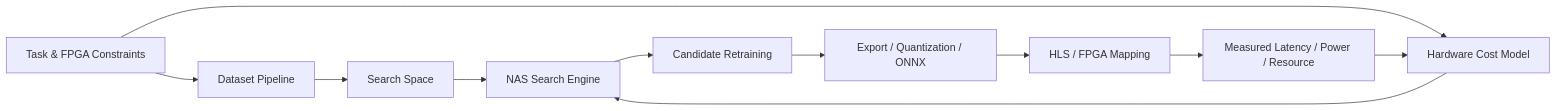
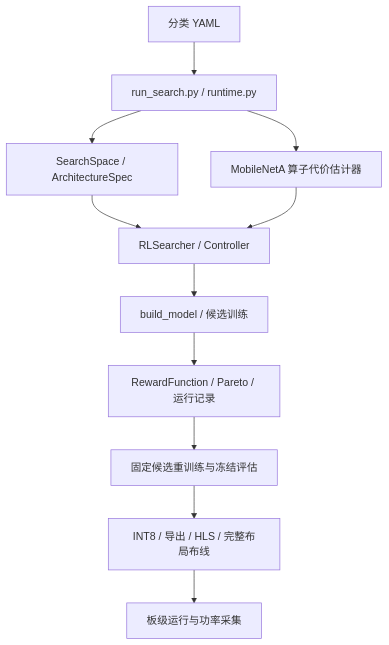
Before and after one commit to jiazehan41966-cmyk/hwnas: the diagram in docs/architecture.md, drawn with Mermaid. The commit also changed other lines of this file and 859 other files, not shown here.

````diff
--- a/docs/architecture.md
+++ b/docs/architecture.md
@@ -47,13 +5,13 @@
 ```mermaid
-flowchart LR
-    A["Task & FPGA Constraints"] --> B["Dataset Pipeline"]
-    B --> C["Search Space"]
-    A --> D["Hardware Cost Model"]
-    C --> E["NAS Search Engine"]
-    D --> E
-    E --> F["Candidate Retraining"]
-    F --> G["Export / Quantization / ONNX"]
-    G --> H["HLS / FPGA Mapping"]
-    H --> I["Measured Latency / Power / Resource"]
-    I --> D
+flowchart TD
+    C[分类 YAML] --> R[run_search.py / runtime.py]
+    R --> S[SearchSpace / ArchitectureSpec]
+    R --> H[MobileNetA 算子代价估计器]
+    S --> RL[RLSearcher / Controller]
+    H --> RL
+    RL --> B[build_model / 候选训练]
+    B --> P[RewardFunction / Pareto / 运行记录]
+    P --> E[固定候选重训练与冻结评估]
+    E --> D[INT8 / 导出 / HLS / 完整布局布线]
+    D --> V[板级运行与功率采集]
 ```
````
